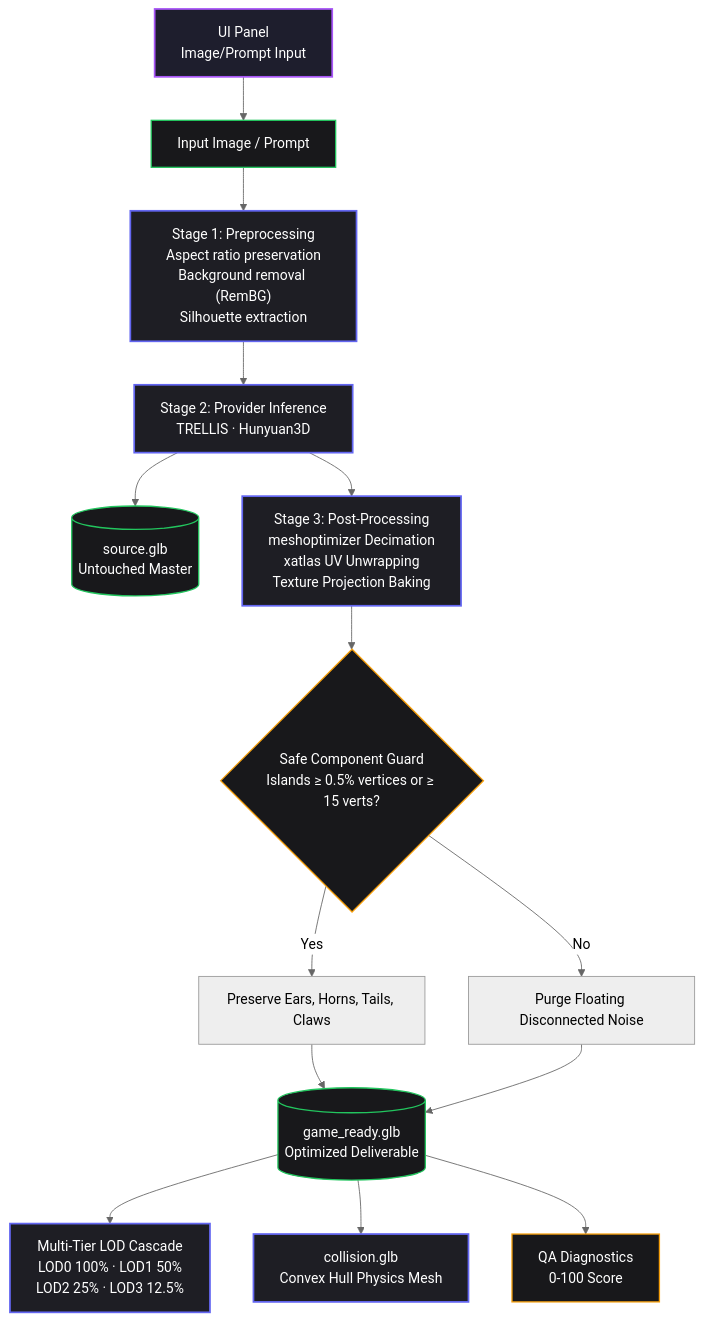
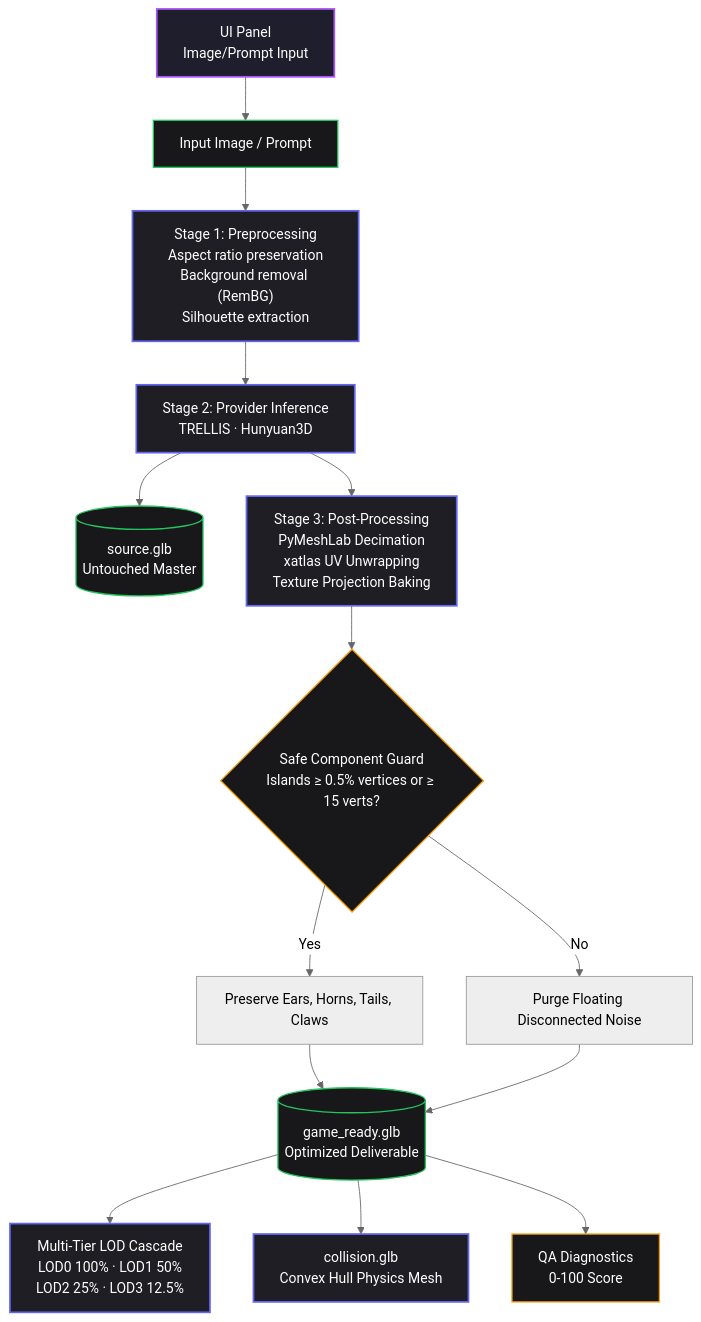
Before and after one commit to Silentzx2/ForMash3D: the third of 3 diagrams in Docs/PRD.md, drawn with Mermaid (neutral theme). The commit also changed other lines of this file and 27 other files, not shown here.

````diff
--- a/Docs/PRD.md
+++ b/Docs/PRD.md
@@ -229,21 +237,21 @@
 ```mermaid
 flowchart TD
     classDef stage fill:#1e1e24,stroke:#6366f1,stroke-width:2px,color:#fff;
     classDef data fill:#18181b,stroke:#22c55e,stroke-width:1.5px,color:#fff;
     classDef guard fill:#18181b,stroke:#f59e0b,stroke-width:1.5px,color:#fff;
     classDef api fill:#1e1e2d,stroke:#a855f7,stroke-width:2px,color:#fff;
 
     UI["UI Panel<br/>Image/Prompt Input"]:::api --> IN["Input Image / Prompt"]:::data
     IN --> PRE["Stage 1: Preprocessing<br/>Aspect ratio preservation<br/>Background removal (RemBG)<br/>Silhouette extraction"]:::stage
     PRE --> INF["Stage 2: Provider Inference<br/>TRELLIS · Hunyuan3D"]:::stage
     INF --> RAW_OUT[("source.glb<br/>Untouched Master")]:::data
-    INF --> PROCESS["Stage 3: Post-Processing<br/>meshoptimizer Decimation<br/>xatlas UV Unwrapping<br/>Texture Projection Baking"]:::stage
+    INF --> PROCESS["Stage 3: Post-Processing<br/>PyMeshLab Decimation<br/>xatlas UV Unwrapping<br/>Texture Projection Baking"]:::stage
     PROCESS --> G1{"Safe Component Guard<br/>Islands ≥ 0.5% vertices or ≥ 15 verts?"}:::guard
     G1 -->|Yes| KEEP["Preserve Ears, Horns, Tails, Claws"]
     G1 -->|No| PRUNE["Purge Floating Disconnected Noise"]
     KEEP --> BASE[("game_ready.glb<br/>Optimized Deliverable")]:::data
     PRUNE --> BASE
     BASE --> LOD["Multi-Tier LOD Cascade<br/>LOD0 100% · LOD1 50%<br/>LOD2 25% · LOD3 12.5%"]:::stage
     BASE --> COL["collision.glb<br/>Convex Hull Physics Mesh"]:::stage
     BASE --> QA["QA Diagnostics<br/>0-100 Score"]:::guard
 ```
````
